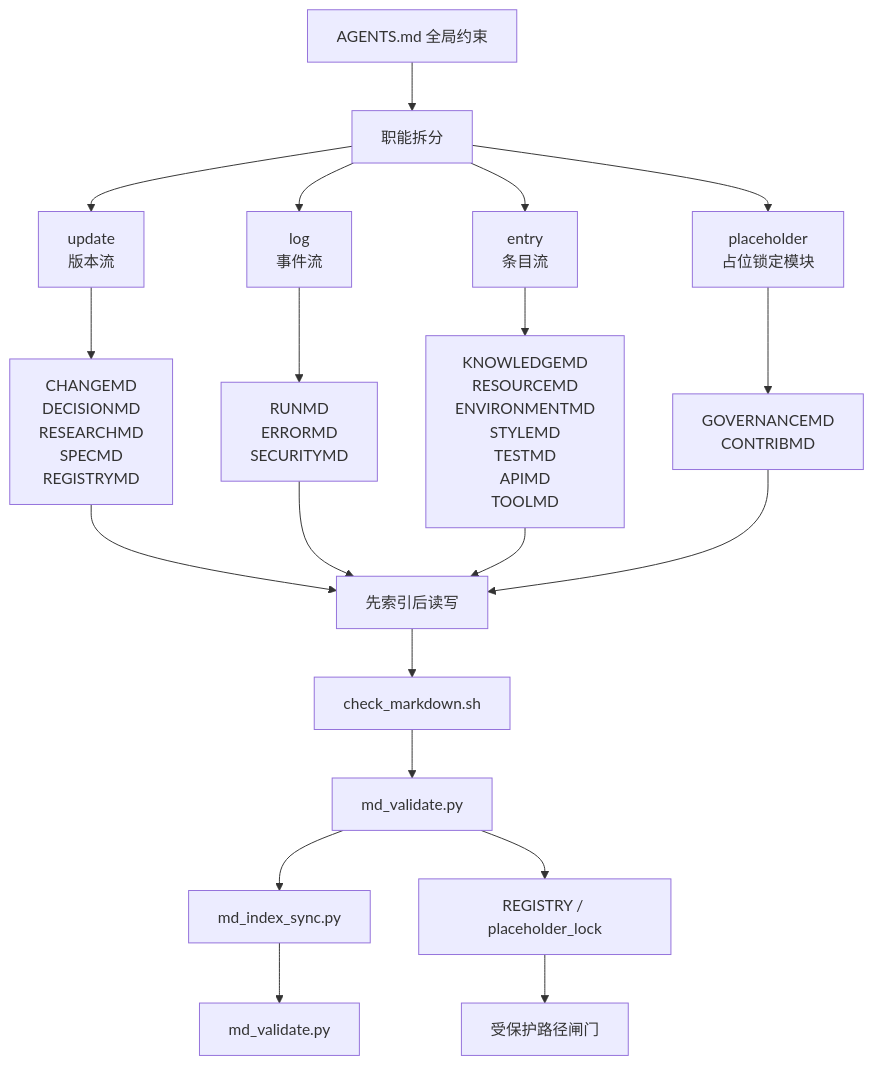
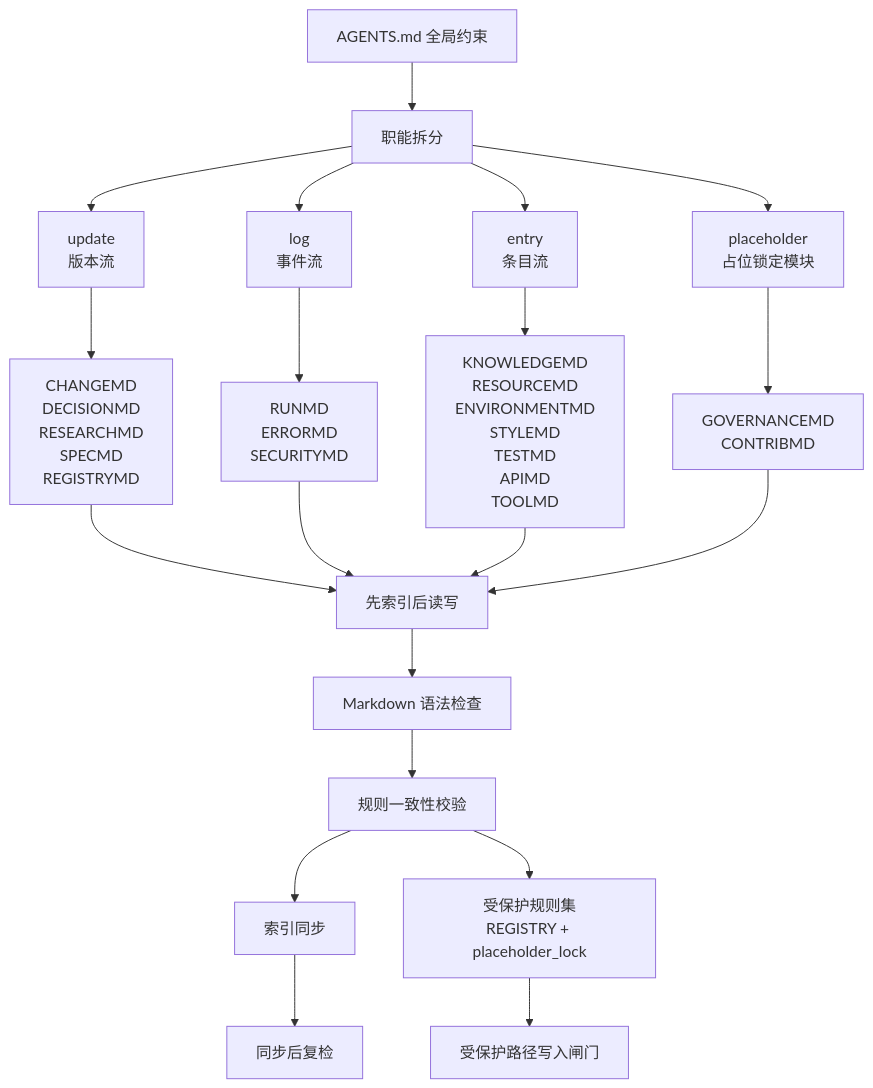
The second of 2 diagrams in README.md (AIALRA-0/AGENTSMD), drawn with Mermaid before and after one commit. The commit also changed other lines of this file, not shown here.

Commit message:
docs: clarify validation flow labels with functional descriptions

````diff
--- a/README.md
+++ b/README.md
@@ -186,26 +186,26 @@
 ```mermaid
 flowchart TD
   A[AGENTS.md 全局约束] --> B[职能拆分]
   B --> B1[update<br/>版本流]
   B --> B2[log<br/>事件流]
   B --> B3[entry<br/>条目流]
   B --> BP[placeholder<br/>占位锁定模块]
 
   B1 --> U1[CHANGEMD<br/>DECISIONMD<br/>RESEARCHMD<br/>SPECMD<br/>REGISTRYMD]
   B2 --> U2[RUNMD<br/>ERRORMD<br/>SECURITYMD]
   B3 --> U3[KNOWLEDGEMD<br/>RESOURCEMD<br/>ENVIRONMENTMD<br/>STYLEMD<br/>TESTMD<br/>APIMD<br/>TOOLMD]
   BP --> U4[GOVERNANCEMD<br/>CONTRIBMD]
 
   U1 --> C[先索引后读写]
   U2 --> C
   U3 --> C
   U4 --> C
 
-  C --> D[check_markdown.sh]
-  D --> E[md_validate.py]
-  E --> F[md_index_sync.py]
-  F --> G[md_validate.py]
+  C --> D[Markdown 语法检查]
+  D --> E[规则一致性校验]
+  E --> F[索引同步]
+  F --> G[同步后复检]
 
-  E --> H[REGISTRY / placeholder_lock]
-  H --> I[受保护路径闸门]
+  E --> H[受保护规则集<br/>REGISTRY + placeholder_lock]
+  H --> I[受保护路径写入闸门]
 ```
````
